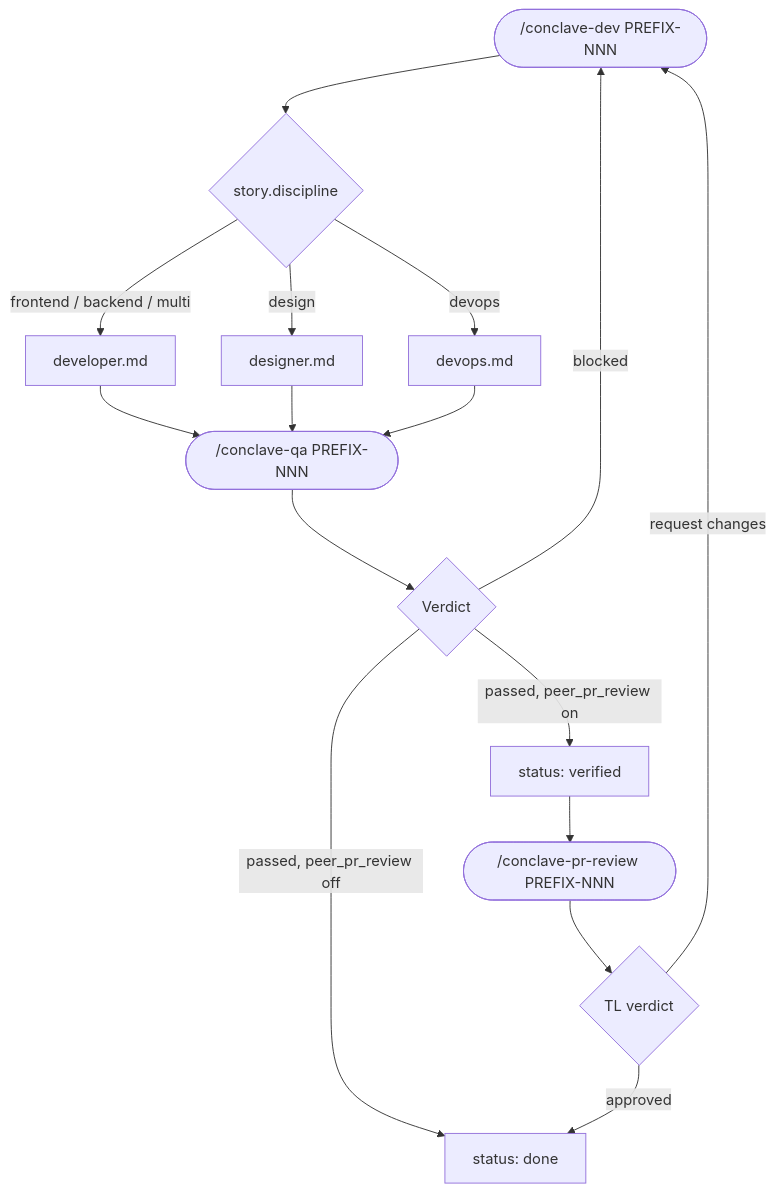
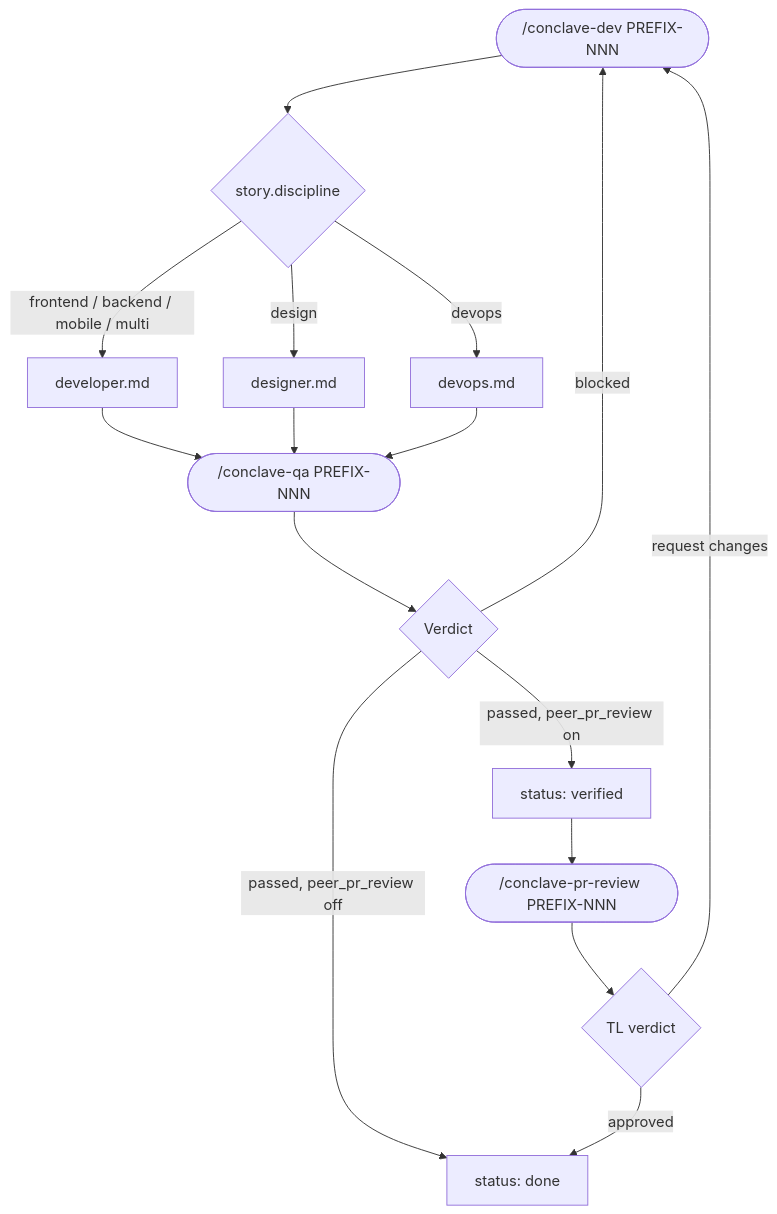
One commit to giolabs/conclave changed the fourth of 5 diagrams in site/content/en/workflow.mdx. Above: the diagram before and after it, drawn with Mermaid. The commit also changed other lines of this file and 56 other files, not shown here.

````diff
--- a/site/content/en/workflow.mdx
+++ b/site/content/en/workflow.mdx
@@ -52,21 +70,21 @@
 ```mermaid
 flowchart TD
     Dev(["/conclave-dev PREFIX-NNN"]) --> Route{"story.discipline"}
-    Route -->|frontend / backend / multi| Developer["developer.md"]
+    Route -->|frontend / backend / mobile / multi| Developer["developer.md"]
     Route -->|design| Designer["designer.md"]
     Route -->|devops| DevOps["devops.md"]
 
     Developer --> QA(["/conclave-qa PREFIX-NNN"])
     Designer --> QA
     DevOps --> QA
 
     QA --> Verdict{"Verdict"}
     Verdict -->|blocked| Dev
     Verdict -->|"passed, peer_pr_review off"| Done["status: done"]
     Verdict -->|"passed, peer_pr_review on"| Verified["status: verified"]
 
     Verified --> PRReview(["/conclave-pr-review PREFIX-NNN"])
     PRReview --> TLVerdict{"TL verdict"}
     TLVerdict -->|request changes| Dev
     TLVerdict -->|approved| Done
 ```
````
